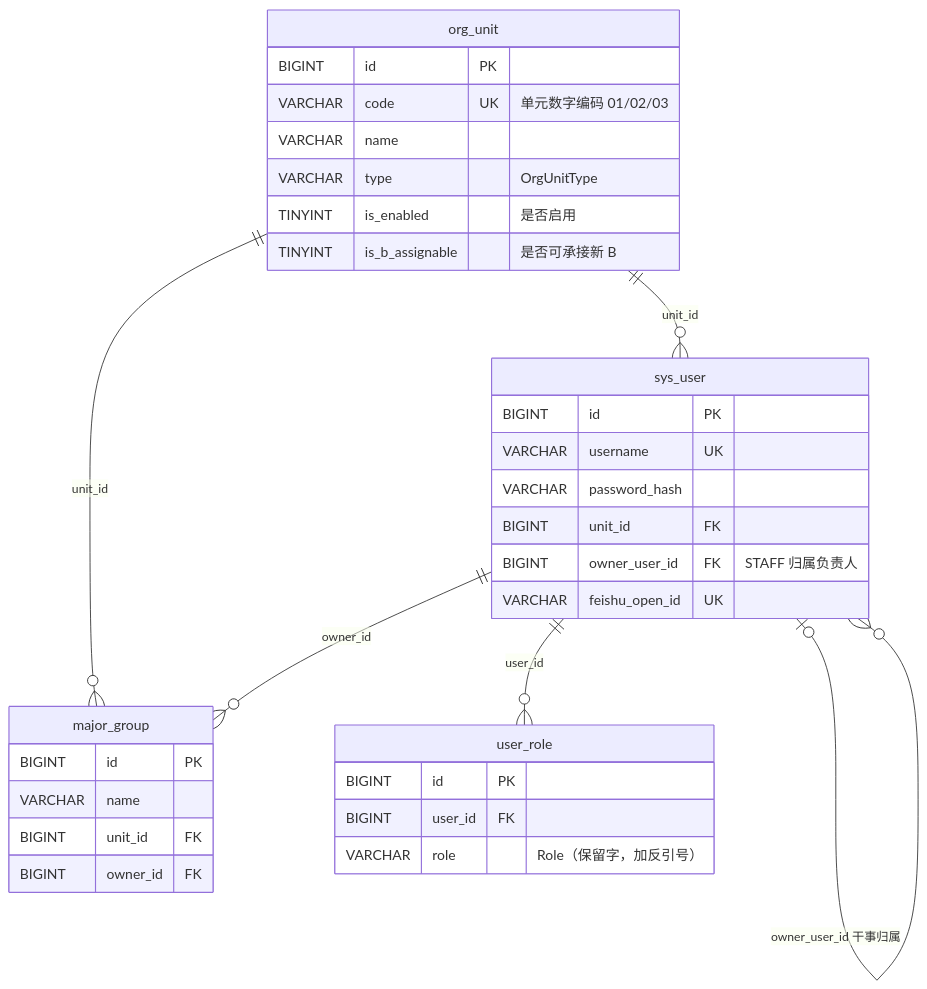
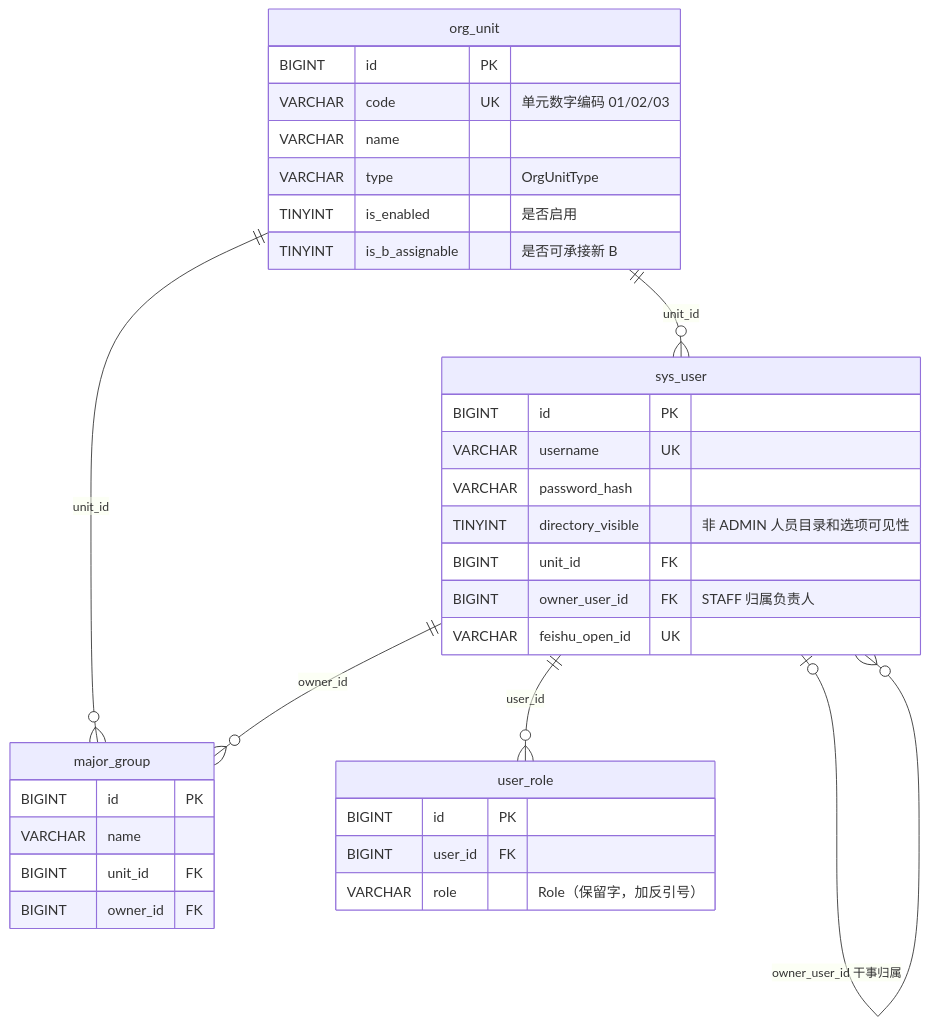
One commit to encoXJH/FR-Five-Year-Plan changed the first of 5 diagrams in docs/数据库设计.md. Above: the diagram before and after it, drawn with Mermaid. The commit also changed other lines of this file and 121 other files, not shown here.

````diff
--- a/docs/数据库设计.md
+++ b/docs/数据库设计.md
@@ -108,36 +108,37 @@
 ```mermaid
 erDiagram
   org_unit ||--o{ major_group : "unit_id"
   org_unit ||--o{ sys_user : "unit_id"
   sys_user ||--o{ user_role : "user_id"
   sys_user |o--o{ sys_user : "owner_user_id 干事归属"
   sys_user ||--o{ major_group : "owner_id"
 
   org_unit {
     BIGINT id PK
     VARCHAR code UK "单元数字编码 01/02/03"
     VARCHAR name
     VARCHAR type "OrgUnitType"
     TINYINT is_enabled "是否启用"
     TINYINT is_b_assignable "是否可承接新 B"
   }
   major_group {
     BIGINT id PK
     VARCHAR name
     BIGINT unit_id FK
     BIGINT owner_id FK
   }
   sys_user {
     BIGINT id PK
     VARCHAR username UK
     VARCHAR password_hash
+    TINYINT directory_visible "非 ADMIN 人员目录和选项可见性"
     BIGINT unit_id FK
     BIGINT owner_user_id FK "STAFF 归属负责人"
     VARCHAR feishu_open_id UK
   }
   user_role {
     BIGINT id PK
     BIGINT user_id FK
     VARCHAR role "Role（保留字，加反引号）"
   }
 ```
````
